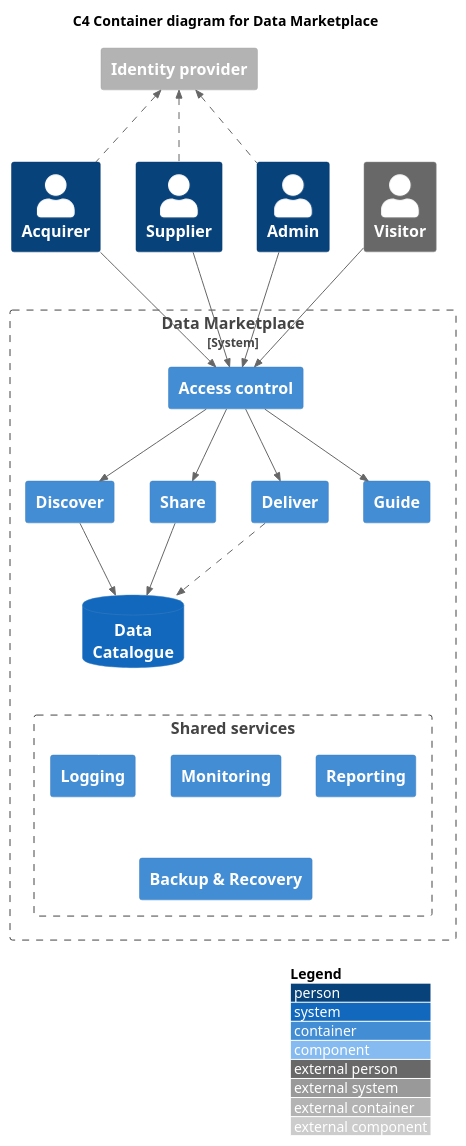
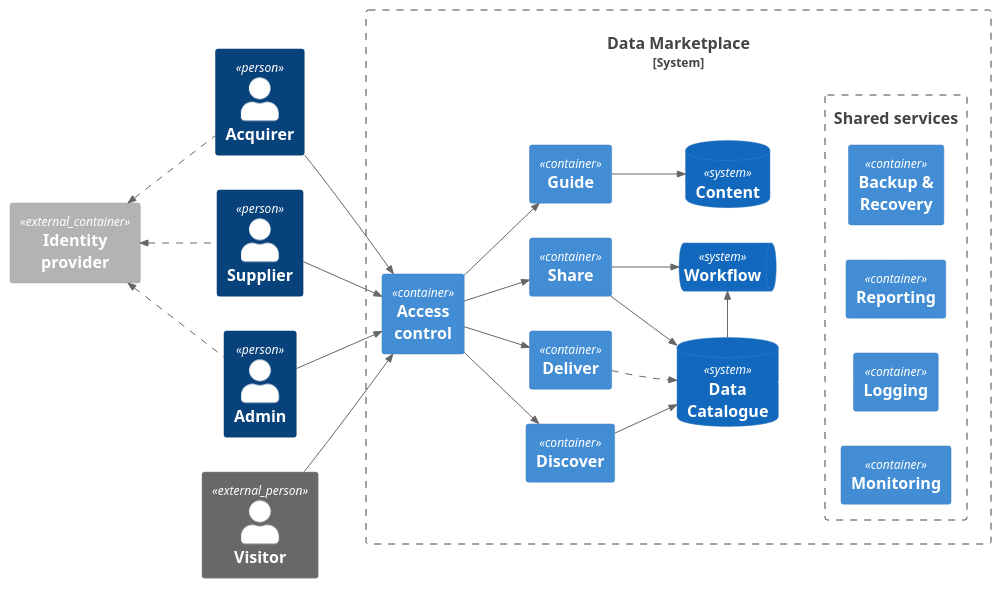
The diagram in data-marketplace/dm-c4-container.puml (co-cddo/data-architecture), drawn with PlantUML before and after one commit. The commit also changed 4 other files, not shown here.

Commit message:
Update file(s) "/." from "co-cddo/data-architecture-r"

```diff
--- a/data-marketplace/dm-c4-container.puml
+++ b/data-marketplace/dm-c4-container.puml
@@ -1,56 +1,62 @@
 @startuml dm-c4-container 
 !include <C4/C4_Container>
 !include <C4/C4_Component>
-'left to right direction
+left to right direction
 
-  title C4 Container diagram for Data Marketplace
+  'title C4 Container diagram for Data Marketplace
   
   AddRelTag("dashed", $lineStyle=DashedLine())
 
   Person(acquirer, "Acquirer", "")
   Person(supplier, "Supplier", "")
   Person(admin, "Admin", "")
 
   Person_Ext(visitor, "Visitor", "")
 
-  Container_Ext(idp, "Identity provider", "")
+  Container_Ext(idp, "Identity\nprovider", "")
 
   System_Boundary(dm, "Data Marketplace") {
   
-    Container(am, "Access control", "")
+    Container(am, "Access\ncontrol", "")
     Container(discover, "Discover", "")
     Container(share, "Share", "")
     Container(deliver, "Deliver", "") 
     Container(guide, "Guide", "") 
     SystemDb(catalog, "Data\nCatalogue", "")
+    SystemQueue(workflow, "Workflow")
+    SystemDb(cms, "Content")
 
     Boundary(common, "Shared services") {
       Container(logging, "Logging", "")
       Container(monitoring, "Monitoring", "")
       Container(reporting, "Reporting", "")  
-      Container(backup, "Backup & Recovery", "")     
+      Container(backup, "Backup &\nRecovery", "")     
     }
     catalog -[#hidden]- logging 
-    'logging -[#hidden] backup
+    reporting -[#hidden] backup
   }
 
   Rel_U(supplier, idp, "", $tags="dashed")
   Rel_U(acquirer, idp, "", $tags="dashed")
   Rel_U(admin, idp, "", $tags="dashed")
   
   Rel(supplier, am, "")
   Rel(acquirer, am, "")
   Rel(admin, am, "")
   Rel(visitor, am, "")
 
   Rel(am, discover, "")
   Rel(am, share, "")
   Rel(am, deliver, "")
   Rel(am, guide, "")
 
   Rel(discover, catalog, "")
   Rel(share, catalog, "")
   Rel(deliver, catalog, "", $tags="dashed")
+  
+  Rel(share, workflow, "")
+  Rel_R(catalog, workflow, "")
 
-  LAYOUT_WITH_LEGEND()
+  Rel(guide, cms, "")
+  'LAYOUT_WITH_LEGEND()
 @enduml
```
